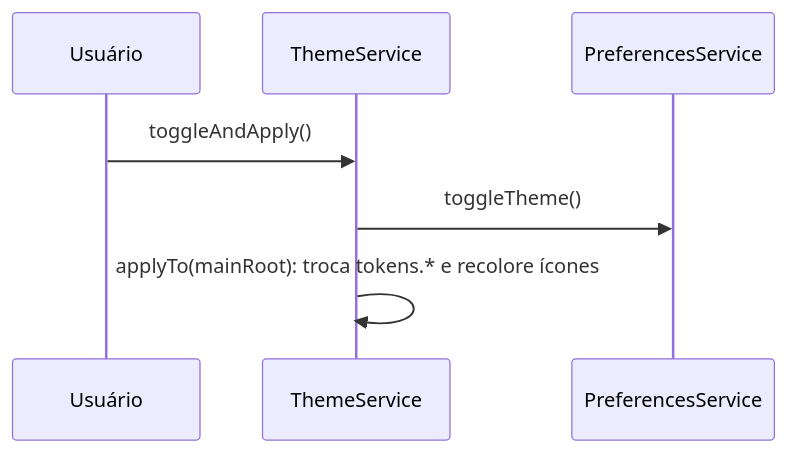
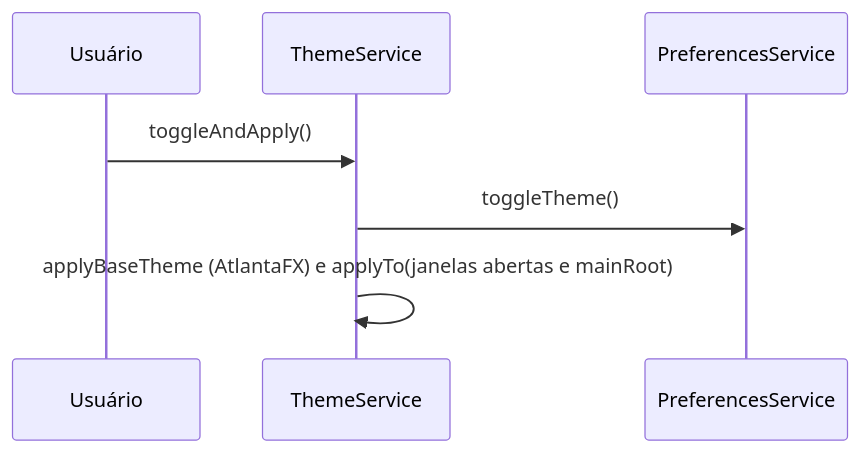
One commit to luk3rr/MOINEX changed the second of 3 diagrams in .aidlc/codekb/MOINEX/interactions.md. Above: the diagram before and after it, drawn with Mermaid. The commit also changed other lines of this file and 173 other files, not shown here.

````diff
--- a/.aidlc/codekb/MOINEX/interactions.md
+++ b/.aidlc/codekb/MOINEX/interactions.md
@@ -27,9 +27,9 @@
 ```mermaid
 sequenceDiagram
   participant U as Usuário
   participant T as ThemeService
   participant P as PreferencesService
   U->>T: toggleAndApply()
   T->>P: toggleTheme()
-  T->>T: applyTo(mainRoot): troca tokens.* e recolore ícones
+  T->>T: applyBaseTheme (AtlantaFX) e applyTo(janelas abertas e mainRoot)
 ```
````
